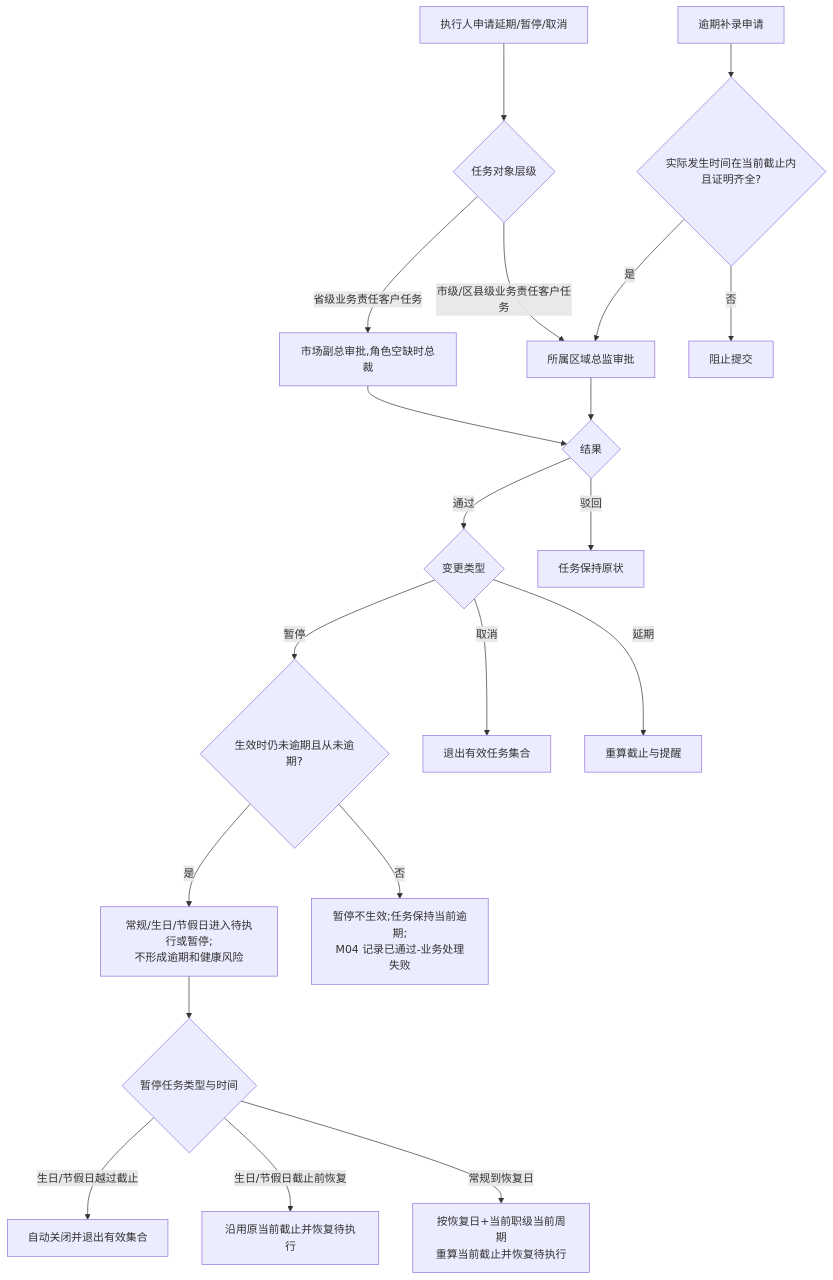
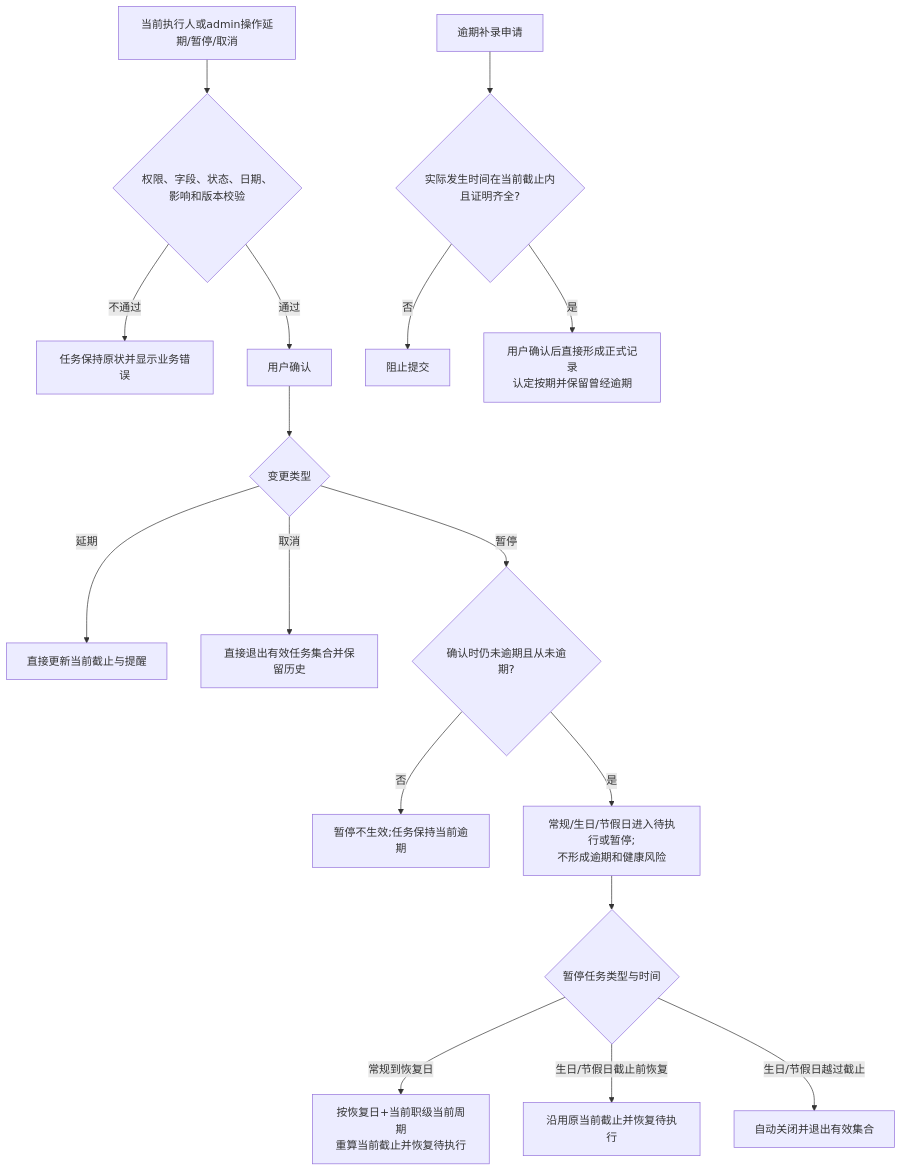
The diagram in prd-workspace/current/user-flows/FLOW-03-M03-task-exception.md (Joker-1030/Yingjia-Internal-Management-System), drawn with Mermaid before and after one commit. The commit also changed other lines of this file and 95 other files, not shown here.

````diff
--- a/prd-workspace/current/user-flows/FLOW-03-M03-task-exception.md
+++ b/prd-workspace/current/user-flows/FLOW-03-M03-task-exception.md
@@ -8,22 +8,19 @@
 ```mermaid
 flowchart TD
-    A[执行人申请延期/暂停/取消] --> B{任务对象层级}
-    B -- 市级/区县级业务责任客户任务 --> C[所属区域总监审批]
-    B -- 省级业务责任客户任务 --> D[市场副总审批,角色空缺时总裁]
-    C --> E{结果}
-    D --> E
-    E -- 驳回 --> F[任务保持原状]
-    E -- 通过 --> G{变更类型}
-    G -- 延期 --> H[重算截止与提醒]
-    G -- 取消 --> I[退出有效任务集合]
-    G -- 暂停 --> J{生效时仍未逾期且从未逾期?}
-    J -- 否 --> K[暂停不生效;任务保持当前逾期;<br/>M04 记录已通过-业务处理失败]
+    A[当前执行人或admin操作延期/暂停/取消] --> B{权限、字段、状态、日期、影响和版本校验}
+    B -- 不通过 --> F[任务保持原状并显示业务错误]
+    B -- 通过 --> E[用户确认]
+    E --> G{变更类型}
+    G -- 延期 --> H[直接更新当前截止与提醒]
+    G -- 取消 --> I[直接退出有效任务集合并保留历史]
+    G -- 暂停 --> J{确认时仍未逾期且从未逾期?}
+    J -- 否 --> K[暂停不生效;任务保持当前逾期]
     J -- 是 --> L[常规/生日/节假日进入待执行或暂停;<br/>不形成逾期和健康风险]
     L --> M{暂停任务类型与时间}
     M -- 常规到恢复日 --> N[按恢复日+当前职级当前周期<br/>重算当前截止并恢复待执行]
     M -- 生日/节假日截止前恢复 --> O[沿用原当前截止并恢复待执行]
     M -- 生日/节假日越过截止 --> P[自动关闭并退出有效集合]
     Q[逾期补录申请] --> R{实际发生时间在当前截止内且证明齐全?}
     R -- 否 --> S[阻止提交]
-    R -- 是 --> C
+    R -- 是 --> T[用户确认后直接形成正式记录<br/>认定按期并保留曾经逾期]
 ```
````
